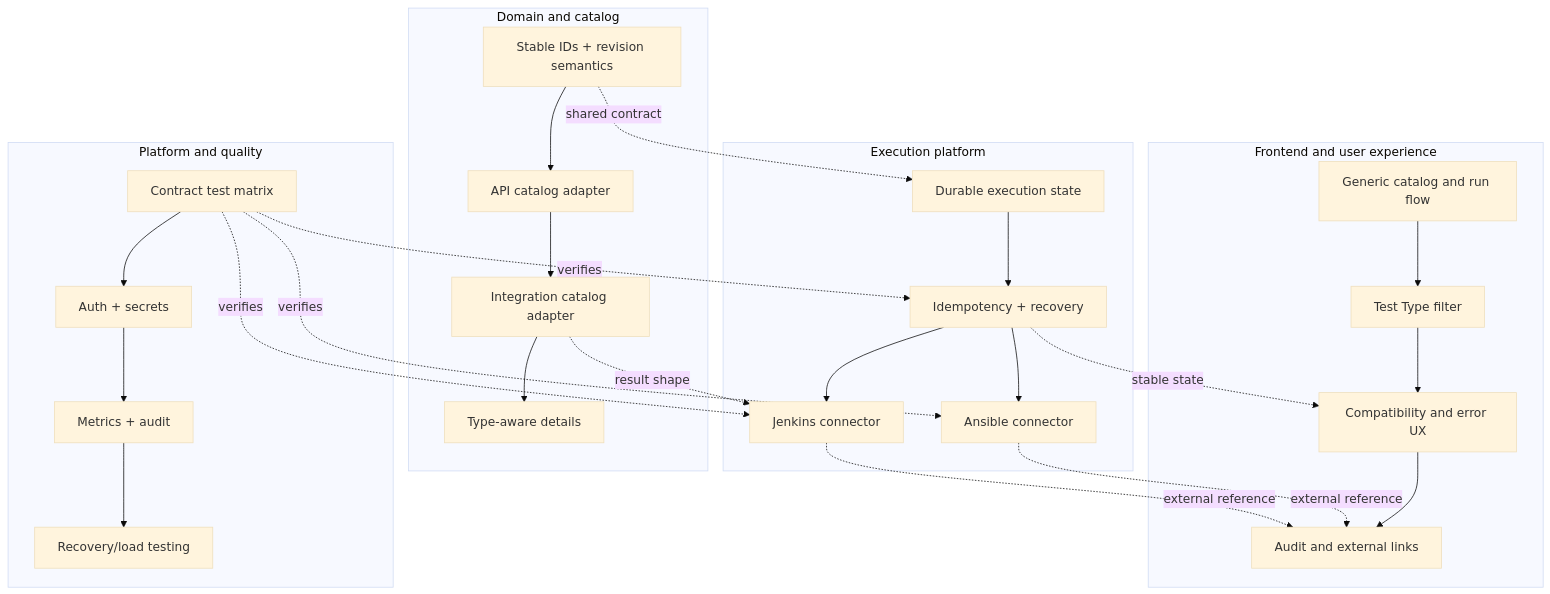
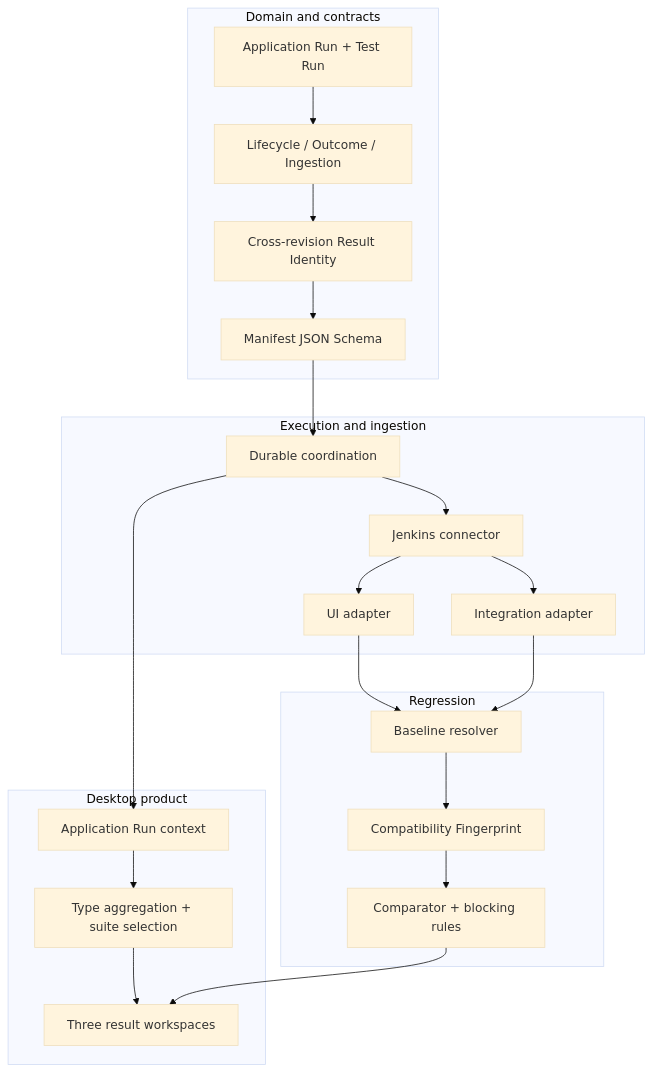
One commit to blantonsbourbon/test-desk changed the second of 2 diagrams in docs/roadmap.md. Above: the diagram before and after it, drawn with Mermaid (base theme). The commit also changed other lines of this file and 14 other files, not shown here.

Commit message:
docs: update test result architecture and workspaces

````diff
--- a/docs/roadmap.md
+++ b/docs/roadmap.md
@@ -55,45 +44,40 @@
 ```mermaid
 flowchart TB
-    subgraph DOMAIN["Domain and catalog"]
-        D1["Stable IDs + revision semantics"]
-        D2["API catalog adapter"]
-        D3["Integration catalog adapter"]
-        D4["Type-aware details"]
+    subgraph DOMAIN["Domain and contracts"]
+        D1["Application Run + Test Run"]
+        D2["Lifecycle / Outcome / Ingestion"]
+        D3["Cross-revision Result Identity"]
+        D4["Manifest JSON Schema"]
         D1 --> D2 --> D3 --> D4
     end
 
-    subgraph EXEC["Execution platform"]
-        E1["Durable execution state"]
-        E2["Idempotency + recovery"]
-        E3["Ansible connector"]
-        E4["Jenkins connector"]
+    subgraph EXEC["Execution and ingestion"]
+        E1["Durable coordination"]
+        E2["Jenkins connector"]
+        E3["UI adapter"]
+        E4["Integration adapter"]
         E1 --> E2
         E2 --> E3
         E2 --> E4
     end
 
-    subgraph UX["Frontend and user experience"]
-        U1["Generic catalog and run flow"]
-        U2["Test Type filter"]
-        U3["Compatibility and error UX"]
-        U4["Audit and external links"]
-        U1 --> U2 --> U3 --> U4
+    subgraph REG["Regression"]
+        R1["Baseline resolver"]
+        R2["Compatibility Fingerprint"]
+        R3["Comparator + blocking rules"]
+        R1 --> R2 --> R3
     end
 
-    subgraph OPS["Platform and quality"]
-        O1["Contract test matrix"]
-        O2["Auth + secrets"]
-        O3["Metrics + audit"]
-        O4["Recovery/load testing"]
-        O1 --> O2 --> O3 --> O4
+    subgraph UX["Desktop product"]
+        U1["Application Run context"]
+        U2["Type aggregation + suite selection"]
+        U3["Three result workspaces"]
+        U1 --> U2 --> U3
     end
 
-    D1 -. shared contract .-> E1
-    D3 -. result shape .-> E4
-    E2 -. stable state .-> U3
-    E3 -. external reference .-> U4
-    E4 -. external reference .-> U4
-    O1 -. verifies .-> E2
-    O1 -. verifies .-> E3
-    O1 -. verifies .-> E4
+    D4 --> E1
+    E3 --> R1
+    E4 --> R1
+    R3 --> U3
+    E1 --> U1
 ```
````
